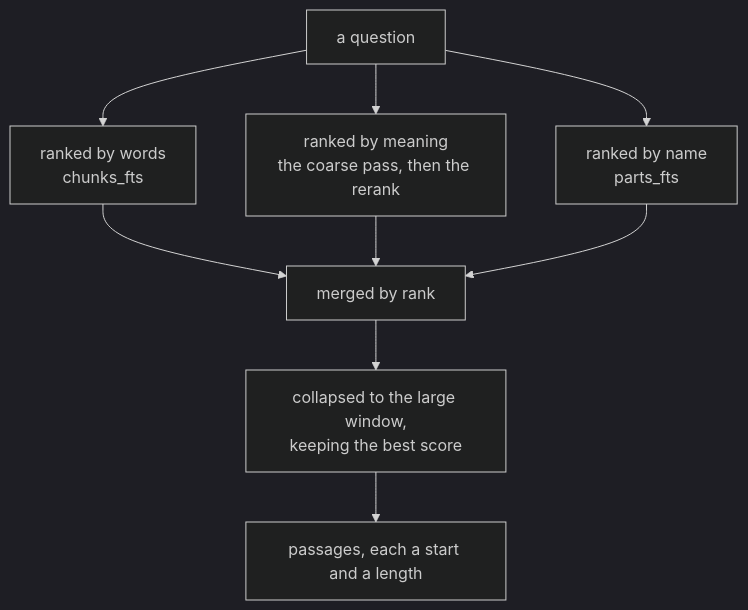
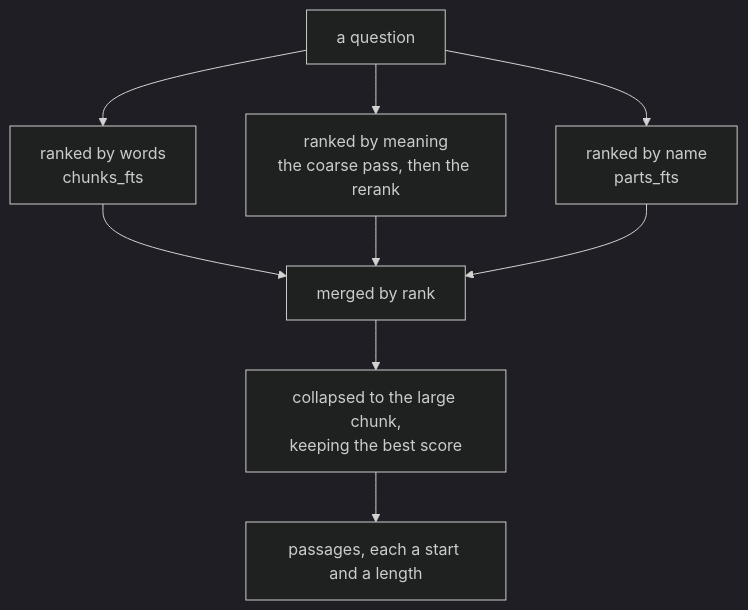
One commit to jiva-studio/numen changed the diagram in docs/adr/0014-one-search-three-rankings.md. Above: the diagram before and after it, drawn with Mermaid (dark theme). The commit also changed other lines of this file and 98 other files, not shown here.

````diff
--- a/docs/adr/0014-one-search-three-rankings.md
+++ b/docs/adr/0014-one-search-three-rankings.md
@@ -18,19 +18,19 @@
 ```mermaid
 graph TD
     Q["a question"]
     RW["ranked by words<br/>chunks_fts"]
     RM["ranked by meaning<br/>the coarse pass, then the rerank"]
     RN["ranked by name<br/>parts_fts"]
     RRF["merged by rank"]
-    CO["collapsed to the large window,<br/>keeping the best score"]
+    CO["collapsed to the large chunk,<br/>keeping the best score"]
     P["passages, each a start and a length"]
 
     Q --> RW
     Q --> RM
     Q --> RN
     RW --> RRF
     RM --> RRF
     RN --> RRF
     RRF --> CO
     CO --> P
 ```
````
